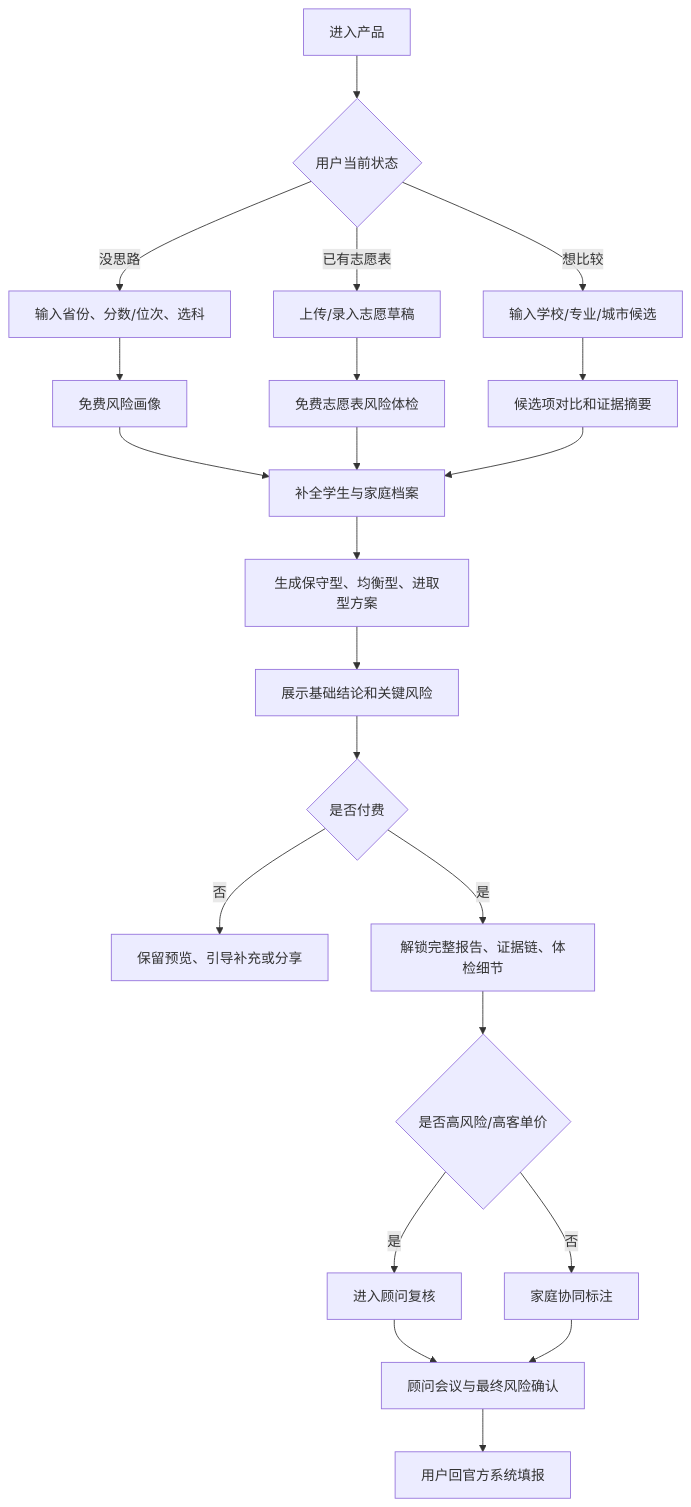
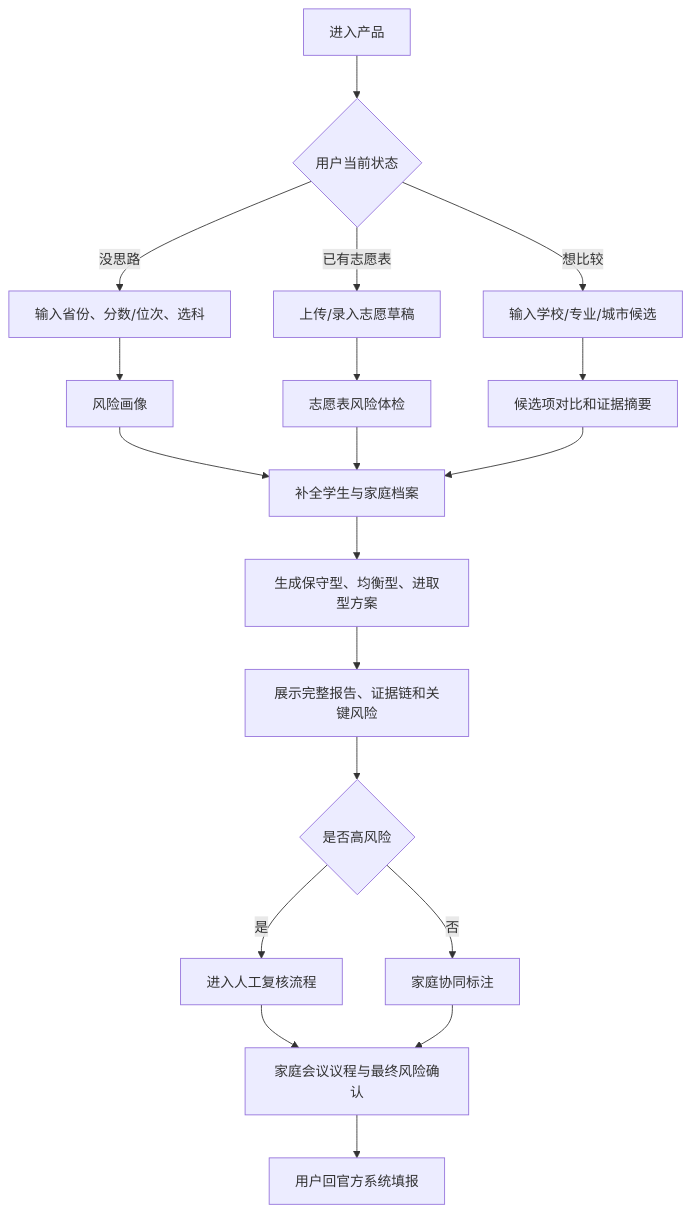
Before and after one commit to debugzhao/jin-guide: the first of 4 diagrams in README.md, drawn with Mermaid. The commit also changed other lines of this file and 2 other files, not shown here.

````diff
--- a/README.md
+++ b/README.md
@@ -134,24 +137,21 @@
 ```mermaid
 flowchart TD
   A["进入产品"] --> B{"用户当前状态"}
   B -- "没思路" --> C["输入省份、分数/位次、选科"]
   B -- "已有志愿表" --> D["上传/录入志愿草稿"]
   B -- "想比较" --> E["输入学校/专业/城市候选"]
-  C --> F["免费风险画像"]
-  D --> G["免费志愿表风险体检"]
+  C --> F["风险画像"]
+  D --> G["志愿表风险体检"]
   E --> H["候选项对比和证据摘要"]
   F --> I["补全学生与家庭档案"]
   G --> I
   H --> I
   I --> J["生成保守型、均衡型、进取型方案"]
-  J --> K["展示基础结论和关键风险"]
-  K --> L{"是否付费"}
-  L -- "否" --> M["保留预览、引导补充或分享"]
-  L -- "是" --> N["解锁完整报告、证据链、体检细节"]
-  N --> O{"是否高风险/高客单价"}
-  O -- "是" --> P["进入顾问复核"]
-  O -- "否" --> Q["家庭协同标注"]
-  P --> R["顾问会议与最终风险确认"]
-  Q --> R
-  R --> S["用户回官方系统填报"]
+  J --> K["展示完整报告、证据链和关键风险"]
+  K --> L{"是否高风险"}
+  L -- "是" --> M["进入人工复核流程"]
+  L -- "否" --> N["家庭协同标注"]
+  M --> O["家庭会议议程与最终风险确认"]
+  N --> O
+  O --> P["用户回官方系统填报"]
 ```
````
